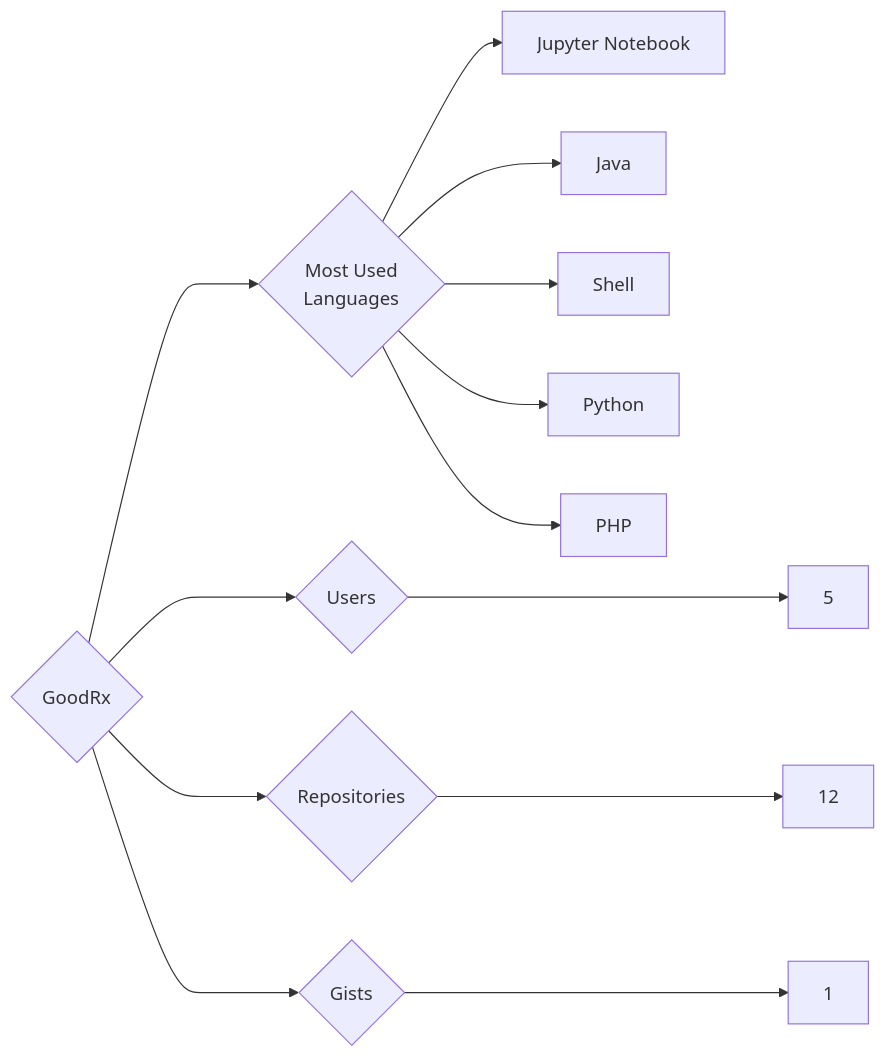
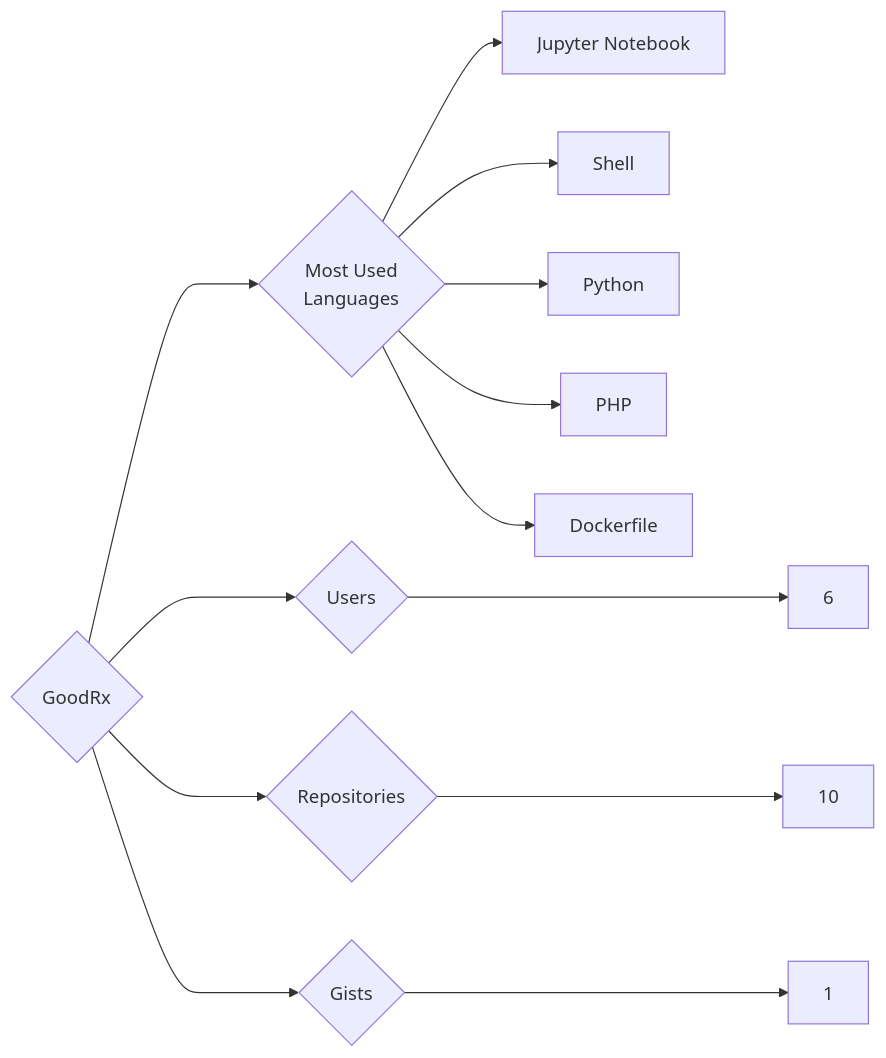
One commit to trickest/insiders changed the diagram in targets/GoodRx/README.md. Above: the diagram before and after it, drawn with Mermaid. The commit also changed 1149 other files, not shown here.

````diff
--- a/targets/GoodRx/README.md
+++ b/targets/GoodRx/README.md
@@ -3,13 +3,13 @@
 ```mermaid
 graph LR
 COMPANY_NAME{GoodRx}
-COMPANY_NAME ---> U{Users} ---> UN[5]
-COMPANY_NAME ---> R{Repositories} ---> RN[12]
+COMPANY_NAME ---> U{Users} ---> UN[6]
+COMPANY_NAME ---> R{Repositories} ---> RN[10]
 COMPANY_NAME ---> G{Gists} ---> GN[1]
 COMPANY_NAME ---> ML{Most Used<br>Languages}
 ML --> Jupyter_Notebook[Jupyter Notebook]
-ML --> Java[Java]
 ML --> Shell[Shell]
 ML --> Python[Python]
 ML --> PHP[PHP]
+ML --> Dockerfile[Dockerfile]
 ```
````
